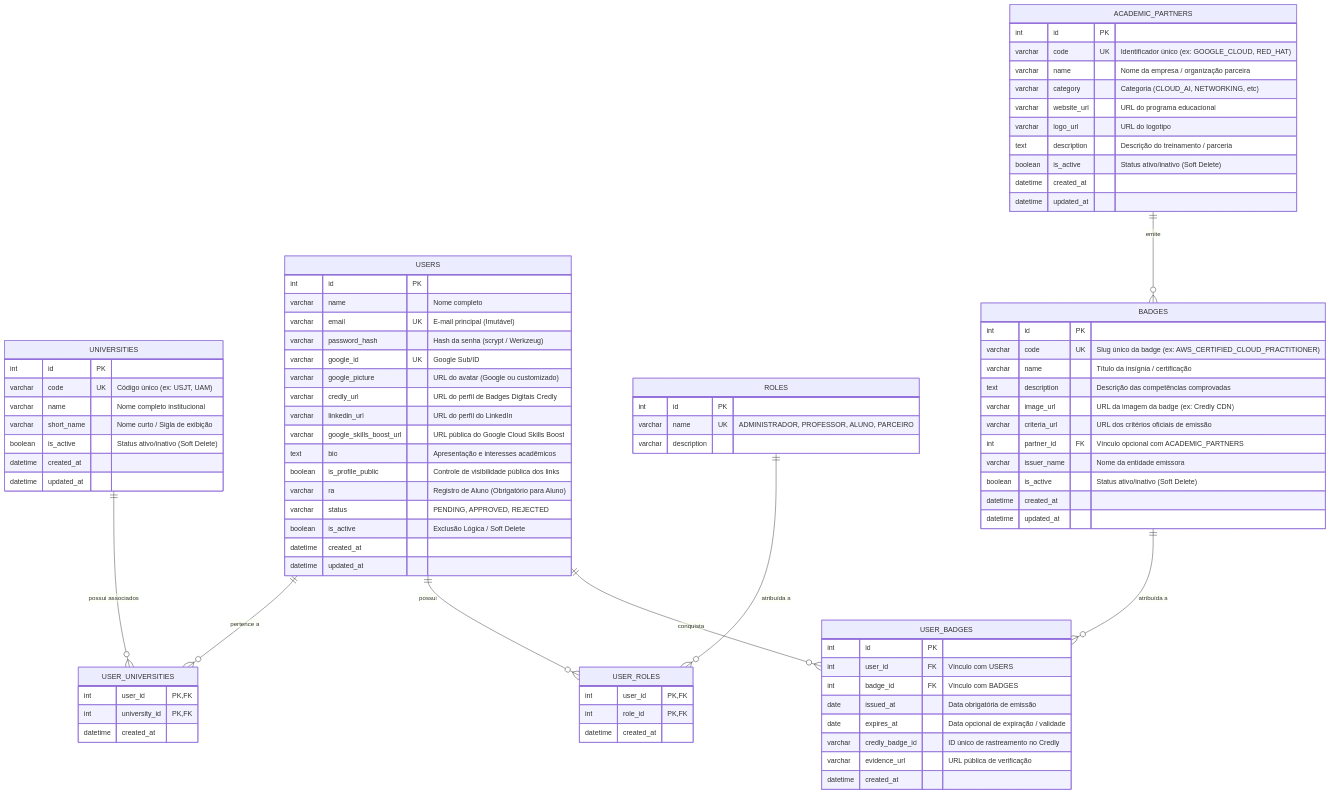
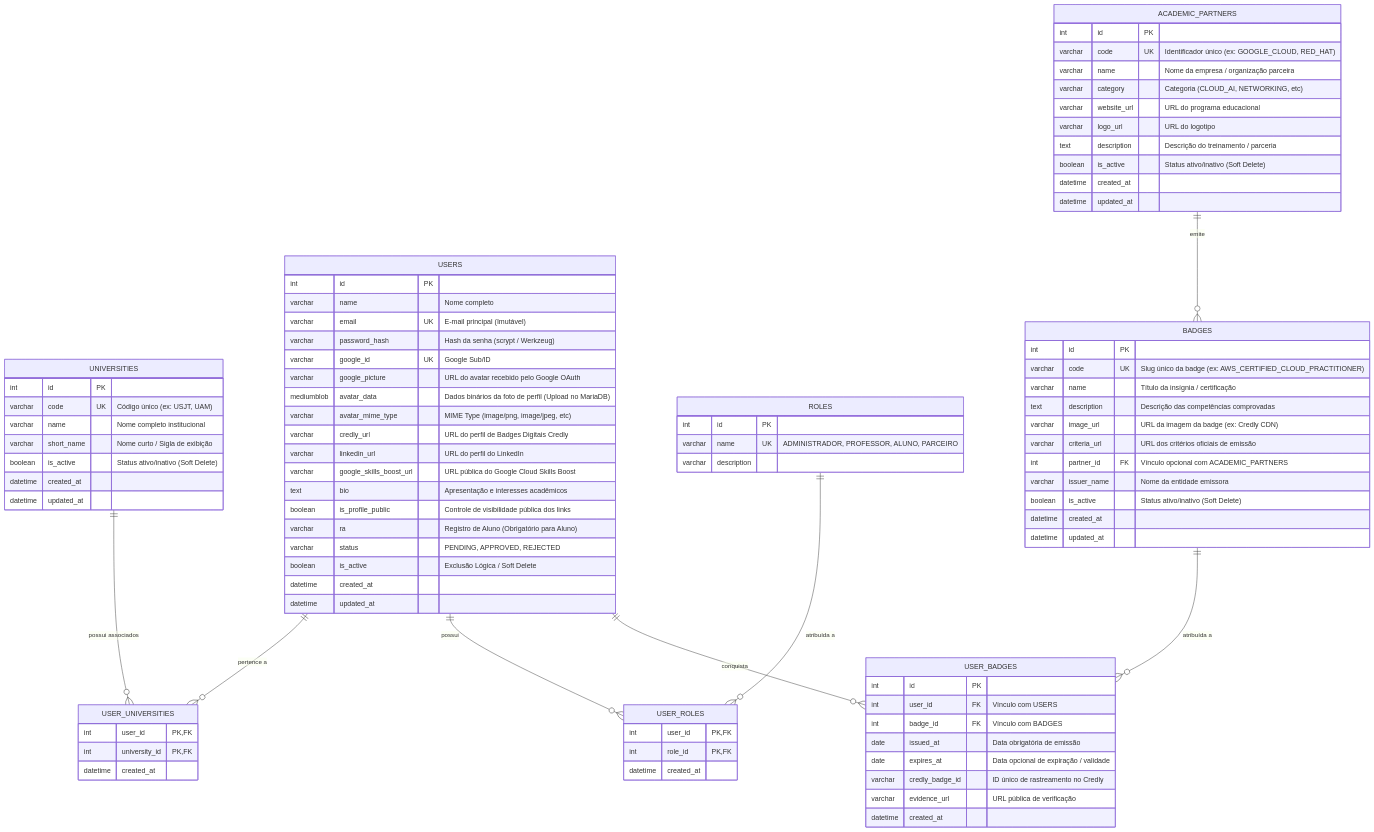
One commit to ecossistemaanima/Akademus changed the diagram in documentation/database-schema.md. Above: the diagram before and after it, drawn with Mermaid. The commit also changed 5 other files, not shown here.

Commit message:
feat(profile): upload de avatar com armazenamento direto em MEDIUMBLOB no MariaDB

```diff
--- a/documentation/database-schema.md
+++ b/documentation/database-schema.md
@@ -70,7 +70,9 @@
         varchar email UK "E-mail principal (Imutável)"
         varchar password_hash "Hash da senha (scrypt / Werkzeug)"
         varchar google_id UK "Google Sub/ID"
-        varchar google_picture "URL do avatar (Google ou customizado)"
+        varchar google_picture "URL do avatar recebido pelo Google OAuth"
+        mediumblob avatar_data "Dados binários da foto de perfil (Upload no MariaDB)"
+        varchar avatar_mime_type "MIME Type (image/png, image/jpeg, etc)"
         varchar credly_url "URL do perfil de Badges Digitais Credly"
         varchar linkedin_url "URL do perfil do LinkedIn"
         varchar google_skills_boost_url "URL pública do Google Cloud Skills Boost"
```
